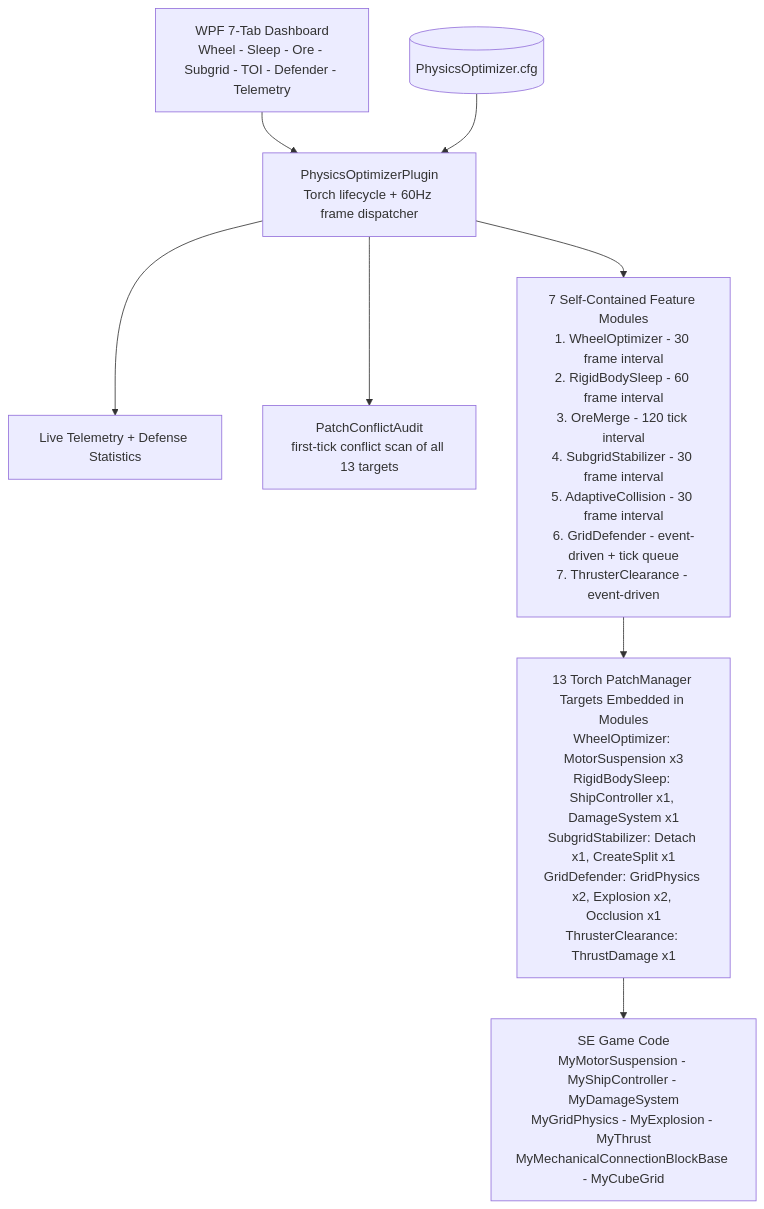
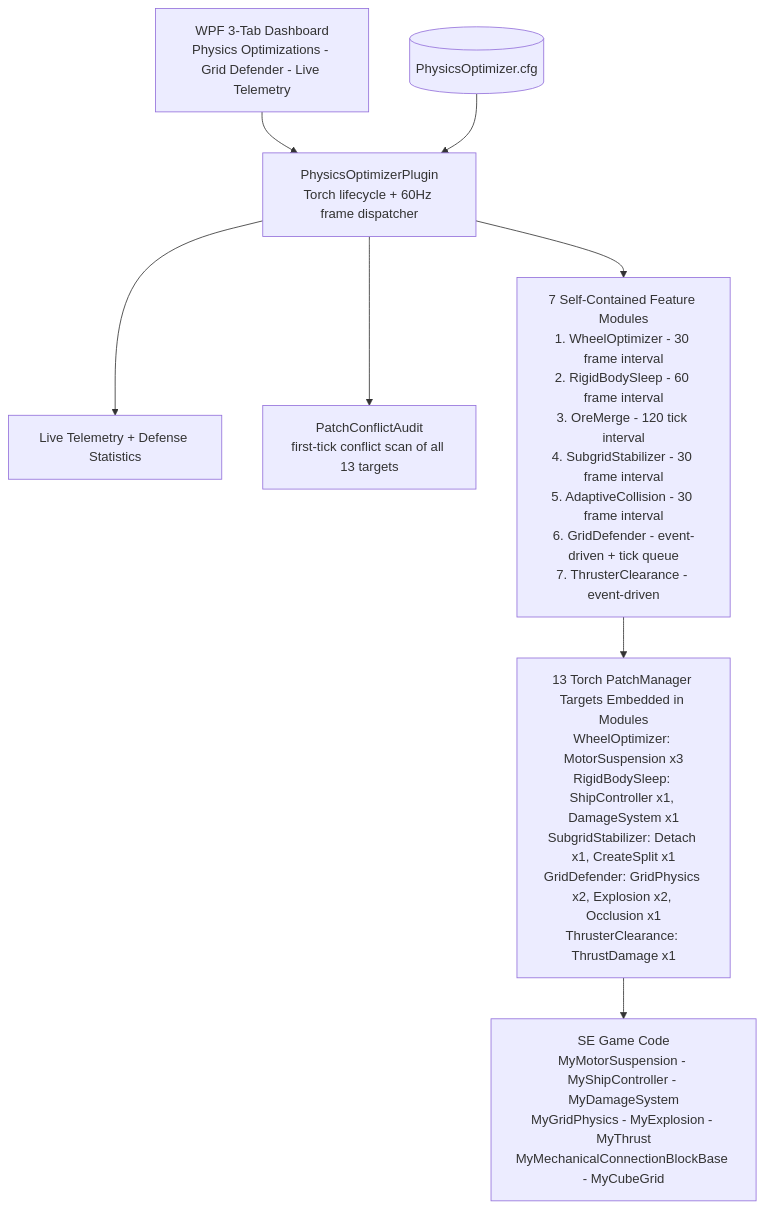
The diagram in README.md (GV-Server-Mods/PhysicsOptimizations), drawn with Mermaid before and after one commit. The commit also changed other lines of this file and 4 other files, not shown here.

````diff
--- a/README.md
+++ b/README.md
@@ -37,13 +37,13 @@
 ```mermaid
 graph TD
-    UI[WPF 7-Tab Dashboard<br/>Wheel - Sleep - Ore - Subgrid - TOI - Defender - Telemetry] --> Plugin
+    UI[WPF 3-Tab Dashboard<br/>Physics Optimizations - Grid Defender - Live Telemetry] --> Plugin
     CFG[(PhysicsOptimizer.cfg)] --> Plugin
     Plugin[PhysicsOptimizerPlugin<br/>Torch lifecycle + 60Hz frame dispatcher] --> Tel[Live Telemetry + Defense Statistics]
     Plugin --> Audit[PatchConflictAudit<br/>first-tick conflict scan of all 13 targets]
 
     Plugin --> Modules[7 Self-Contained Feature Modules<br/>1. WheelOptimizer - 30 frame interval<br/>2. RigidBodySleep - 60 frame interval<br/>3. OreMerge - 120 tick interval<br/>4. SubgridStabilizer - 30 frame interval<br/>5. AdaptiveCollision - 30 frame interval<br/>6. GridDefender - event-driven + tick queue<br/>7. ThrusterClearance - event-driven]
 
     Modules --> Patches[13 Torch PatchManager Targets Embedded in Modules<br/>WheelOptimizer: MotorSuspension x3<br/>RigidBodySleep: ShipController x1, DamageSystem x1<br/>SubgridStabilizer: Detach x1, CreateSplit x1<br/>GridDefender: GridPhysics x2, Explosion x2, Occlusion x1<br/>ThrusterClearance: ThrustDamage x1]
 
     Patches --> Game[SE Game Code<br/>MyMotorSuspension - MyShipController - MyDamageSystem<br/>MyGridPhysics - MyExplosion - MyThrust<br/>MyMechanicalConnectionBlockBase - MyCubeGrid]
 ```
````
